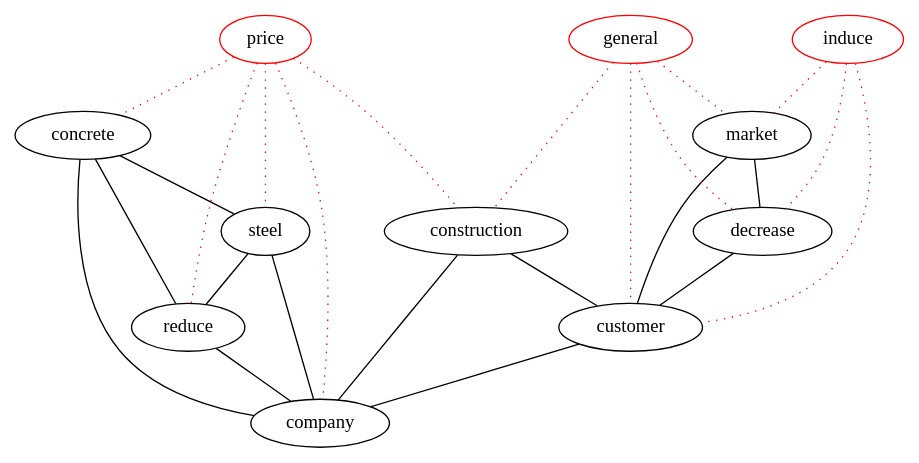
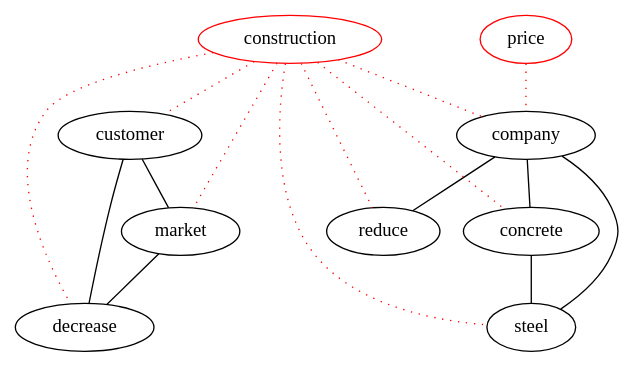
Before and after one commit to michaelweiss/keygraph: the diagram in dot/d2.dot, drawn with Graphviz. The commit also changed 10 other files, not shown here.

```diff
--- a/dot/d2.dot
+++ b/dot/d2.dot
@@ -1,38 +1,27 @@
 graph keygraph {
 graph [size="10,10"]
-company [color="black"]
-concrete [color="black"]
-construction [color="black"]
 steel [color="black"]
+decrease [color="black"]
 market [color="black"]
 customer [color="black"]
 reduce [color="black"]
-decrease [color="black"]
+concrete [color="black"]
+company [color="black"]
+construction [color="red"]
 price [color="red"]
-general [color="red"]
-induce [color="red"]
-construction--customer
-construction--company
-concrete--reduce
-steel--reduce
-customer--company
+customer--market
+customer--decrease
 market--decrease
-market--customer
-decrease--customer
+company--concrete
+company--steel
+company--reduce
 concrete--steel
-concrete--company
-steel--company
-reduce--company
-induce--market [color="red", style="dotted"]
-induce--customer [color="red", style="dotted"]
-induce--decrease [color="red", style="dotted"]
-general--construction [color="red", style="dotted"]
-general--market [color="red", style="dotted"]
-general--customer [color="red", style="dotted"]
-general--decrease [color="red", style="dotted"]
 price--company [color="red", style="dotted"]
-price--concrete [color="red", style="dotted"]
-price--construction [color="red", style="dotted"]
-price--steel [color="red", style="dotted"]
-price--reduce [color="red", style="dotted"]
+construction--steel [color="red", style="dotted"]
+construction--decrease [color="red", style="dotted"]
+construction--market [color="red", style="dotted"]
+construction--customer [color="red", style="dotted"]
+construction--reduce [color="red", style="dotted"]
+construction--concrete [color="red", style="dotted"]
+construction--company [color="red", style="dotted"]
 }
```
